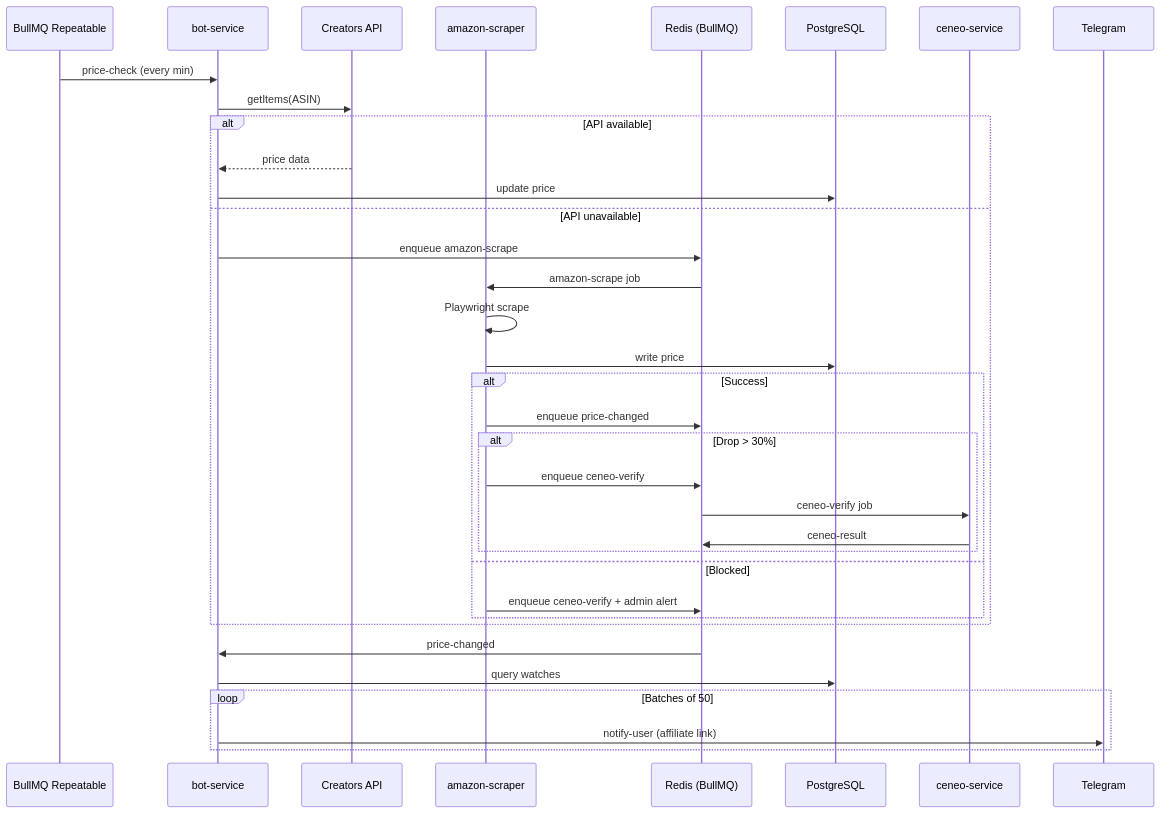
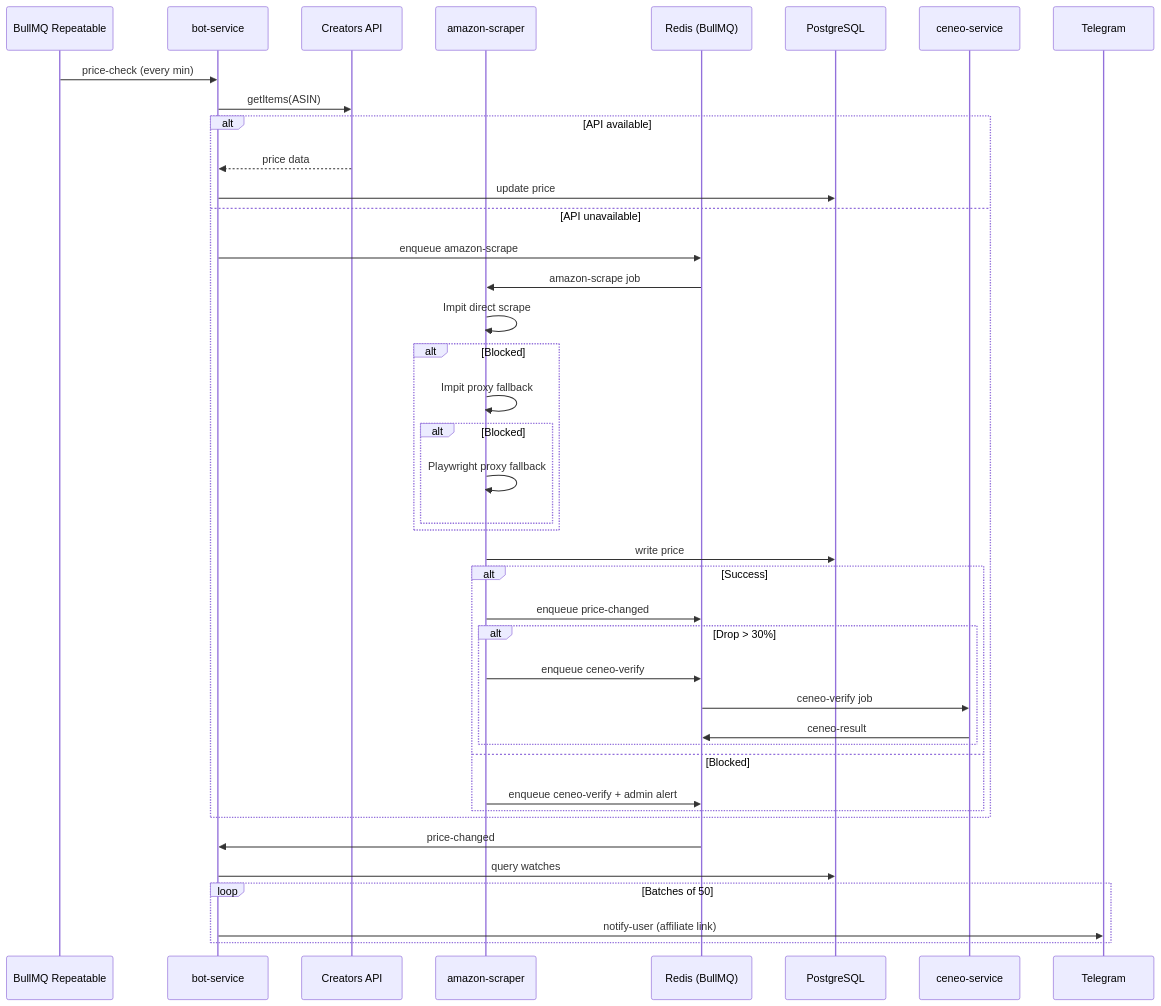
Before and after one commit to k0ff33/amazonpl-price-watch: the fourth of 4 diagrams in docs/architecture.md, drawn with Mermaid. The commit also changed other lines of this file and 12 other files, not shown here.

Commit message:
feat(amazon-scraper): add impit-first fallback and soft-block detection

````diff
--- a/docs/architecture.md
+++ b/docs/architecture.md
@@ -106,38 +110,44 @@
 ```mermaid
 sequenceDiagram
     participant Cron as BullMQ Repeatable
     participant Bot as bot-service
     participant API as Creators API
     participant AS as amazon-scraper
     participant Redis as Redis (BullMQ)
     participant DB as PostgreSQL
     participant CS as ceneo-service
     participant TG as Telegram
 
     Cron->>Bot: price-check (every min)
     Bot->>API: getItems(ASIN)
     alt API available
         API-->>Bot: price data
         Bot->>DB: update price
     else API unavailable
         Bot->>Redis: enqueue amazon-scrape
         Redis->>AS: amazon-scrape job
-        AS->>AS: Playwright scrape
+        AS->>AS: Impit direct scrape
+        alt Blocked
+            AS->>AS: Impit proxy fallback
+            alt Blocked
+                AS->>AS: Playwright proxy fallback
+            end
+        end
         AS->>DB: write price
         alt Success
             AS->>Redis: enqueue price-changed
             alt Drop > 30%
                 AS->>Redis: enqueue ceneo-verify
                 Redis->>CS: ceneo-verify job
                 CS->>Redis: ceneo-result
             end
         else Blocked
             AS->>Redis: enqueue ceneo-verify + admin alert
         end
     end
     Redis->>Bot: price-changed
     Bot->>DB: query watches
     loop Batches of 50
         Bot->>TG: notify-user (affiliate link)
     end
 ```
````
